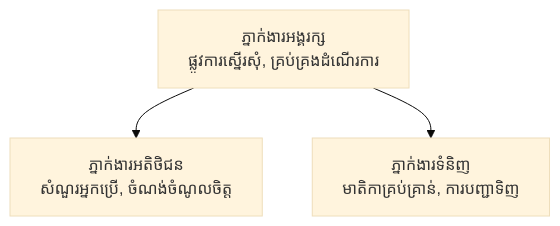
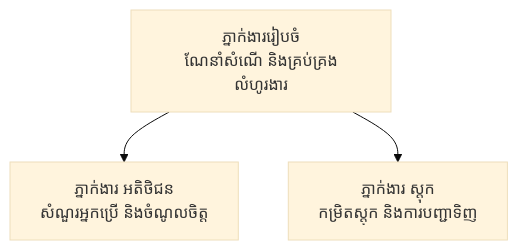
One commit to microsoft/AZD-for-beginners changed the diagram in translations/km/docs/chapter-05-multi-agent/README.md. Above: the diagram before and after it, drawn with Mermaid (base theme). The commit also changed other lines of this file and 34 other files, not shown here.

````diff
--- a/translations/km/docs/chapter-05-multi-agent/README.md
+++ b/translations/km/docs/chapter-05-multi-agent/README.md
@@ -52,5 +54,5 @@
 ```mermaid
 graph TD
-    Orchestrator[ភ្នាក់ងារអង្គរក្ស<br/>ផ្លូវការស្នើរសុំ, គ្រប់គ្រងដំណើរការ] --> Customer[ភ្នាក់ងារអតិថិជន<br/>សំណួរអ្នកប្រើ, ចំណង់ចំណូលចិត្ត]
-    Orchestrator --> Inventory[ភ្នាក់ងារទំនិញ<br/>មាតិកាគ្រប់គ្រាន់, ការបញ្ជាទិញ]
+    Orchestrator[ភ្នាក់ងាររៀបចំ<br/>ណែនាំសំណើ និងគ្រប់គ្រងលំហូរងារ] --> Customer[ភ្នាក់ងារ អតិថិជន<br/>សំណួរអ្នកប្រើ និងចំណូលចិត្ត]
+    Orchestrator --> Inventory[ភ្នាក់ងារ ស្តុក<br/>កម្រិតស្តុក និងការបញ្ជាទិញ]
 ```
````
